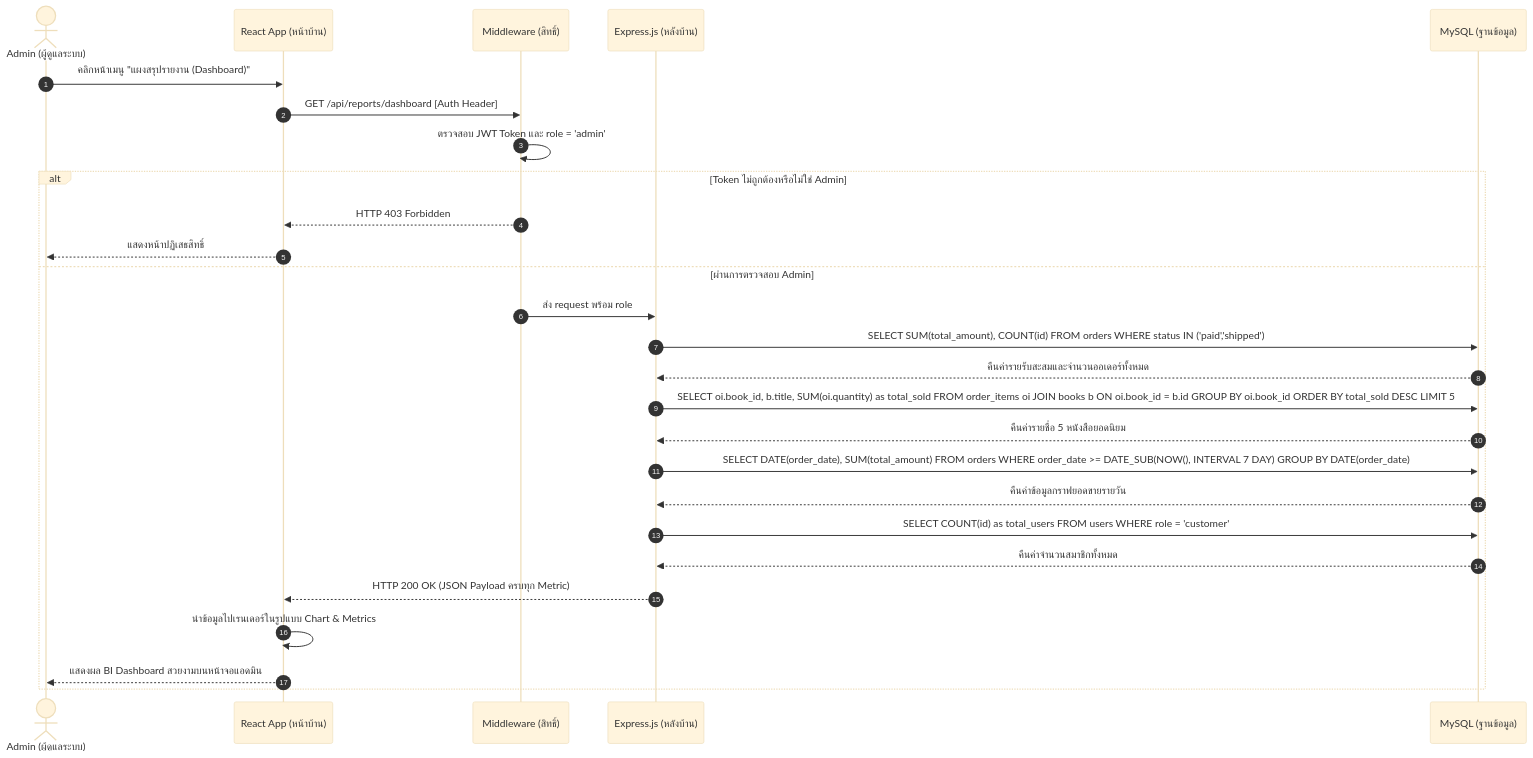
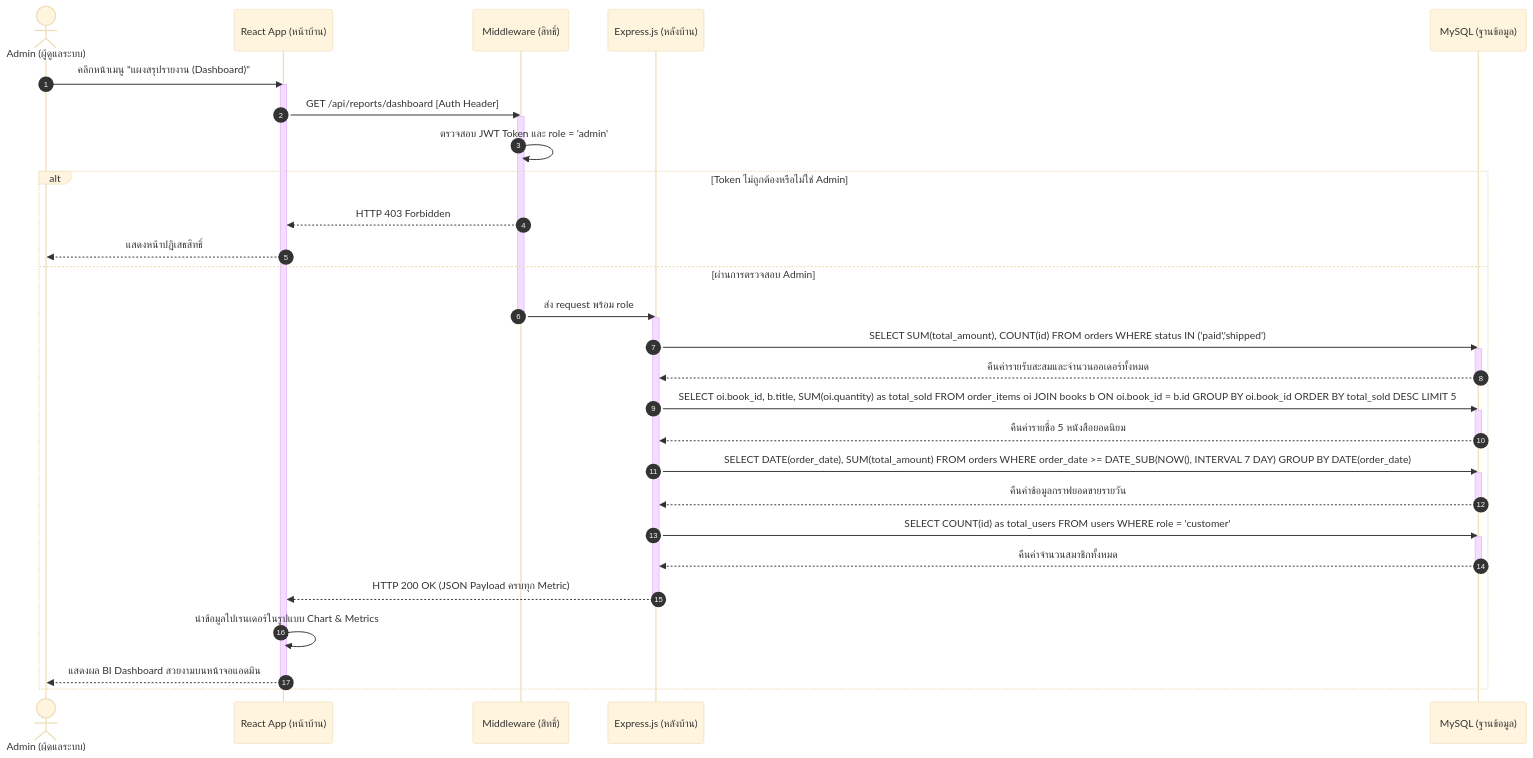
One commit to SupvichSpuGM/online-bookstore changed diagram 11 of 15 in diagram/Diagram.md. Above: the diagram before and after it, drawn with Mermaid (base theme). The commit also changed other lines of this file and 2 other files, not shown here.

Commit message:
อัพเดทให้ sq diagram ตรงกัน

````diff
--- a/diagram/Diagram.md
+++ b/diagram/Diagram.md
@@ -552,30 +751,44 @@
 ```mermaid
 sequenceDiagram
-    autonumber
-    actor Admin as Admin (ผู้ดูแลระบบ)
-    participant Client as React App (หน้าบ้าน)
-    participant AuthMW as Middleware (สิทธิ์)
-    participant API as Express.js (หลังบ้าน)
-    participant DB as MySQL (ฐานข้อมูล)
+            autonumber
+            actor Admin as Admin (ผู้ดูแลระบบ)
+            participant Client as React App (หน้าบ้าน)
+            participant AuthMW as Middleware (สิทธิ์)
+            participant API as Express.js (หลังบ้าน)
+            participant DB as MySQL (ฐานข้อมูล)
 
-    Admin->>Client: คลิกหน้าเมนู "แผงสรุปรายงาน (Dashboard)"
-    Client->>AuthMW: GET /api/reports/dashboard [Auth Header]
-    AuthMW->>AuthMW: ตรวจสอบ JWT Token และ role = 'admin'
-    alt Token ไม่ถูกต้องหรือไม่ใช่ Admin
-        AuthMW-->>Client: HTTP 403 Forbidden
-        Client-->>Admin: แสดงหน้าปฏิเสธสิทธิ์
-    else ผ่านการตรวจสอบ Admin
-        AuthMW->>API: ส่ง request พร้อม role
-        API->>DB: SELECT SUM(total_amount), COUNT(id) FROM orders WHERE status IN ('paid','shipped')
-        DB-->>API: คืนค่ารายรับสะสมและจำนวนออเดอร์ทั้งหมด
-        API->>DB: SELECT oi.book_id, b.title, SUM(oi.quantity) as total_sold FROM order_items oi JOIN books b ON oi.book_id = b.id GROUP BY oi.book_id ORDER BY total_sold DESC LIMIT 5
-        DB-->>API: คืนค่ารายชื่อ 5 หนังสือยอดนิยม
-        API->>DB: SELECT DATE(order_date), SUM(total_amount) FROM orders WHERE order_date >= DATE_SUB(NOW(), INTERVAL 7 DAY) GROUP BY DATE(order_date)
-        DB-->>API: คืนค่าข้อมูลกราฟยอดขายรายวัน
-        API->>DB: SELECT COUNT(id) as total_users FROM users WHERE role = 'customer'
-        DB-->>API: คืนค่าจำนวนสมาชิกทั้งหมด
-        API-->>Client: HTTP 200 OK (JSON Payload ครบทุก Metric)
-        Client->>Client: นำข้อมูลไปเรนเดอร์ในรูปแบบ Chart & Metrics
-        Client-->>Admin: แสดงผล BI Dashboard สวยงามบนหน้าจอแอดมิน
-    end
+            Admin->>Client: คลิกหน้าเมนู "แผงสรุปรายงาน (Dashboard)"
+            activate Client
+            Client->>AuthMW: GET /api/reports/dashboard [Auth Header]
+            activate AuthMW
+            AuthMW->>AuthMW: ตรวจสอบ JWT Token และ role = 'admin'
+            alt Token ไม่ถูกต้องหรือไม่ใช่ Admin
+                AuthMW-->>Client: HTTP 403 Forbidden
+                Client-->>Admin: แสดงหน้าปฏิเสธสิทธิ์
+            else ผ่านการตรวจสอบ Admin
+                AuthMW->>API: ส่ง request พร้อม role
+                deactivate AuthMW
+                activate API
+                API->>DB: SELECT SUM(total_amount), COUNT(id) FROM orders WHERE status IN ('paid','shipped')
+                activate DB
+                DB-->>API: คืนค่ารายรับสะสมและจำนวนออเดอร์ทั้งหมด
+                deactivate DB
+                API->>DB: SELECT oi.book_id, b.title, SUM(oi.quantity) as total_sold FROM order_items oi JOIN books b ON oi.book_id = b.id GROUP BY oi.book_id ORDER BY total_sold DESC LIMIT 5
+                activate DB
+                DB-->>API: คืนค่ารายชื่อ 5 หนังสือยอดนิยม
+                deactivate DB
+                API->>DB: SELECT DATE(order_date), SUM(total_amount) FROM orders WHERE order_date >= DATE_SUB(NOW(), INTERVAL 7 DAY) GROUP BY DATE(order_date)
+                activate DB
+                DB-->>API: คืนค่าข้อมูลกราฟยอดขายรายวัน
+                deactivate DB
+                API->>DB: SELECT COUNT(id) as total_users FROM users WHERE role = 'customer'
+                activate DB
+                DB-->>API: คืนค่าจำนวนสมาชิกทั้งหมด
+                deactivate DB
+                API-->>Client: HTTP 200 OK (JSON Payload ครบทุก Metric)
+                deactivate API
+                Client->>Client: นำข้อมูลไปเรนเดอร์ในรูปแบบ Chart & Metrics
+                Client-->>Admin: แสดงผล BI Dashboard สวยงามบนหน้าจอแอดมิน
+            end
+            deactivate Client
 ```
````
